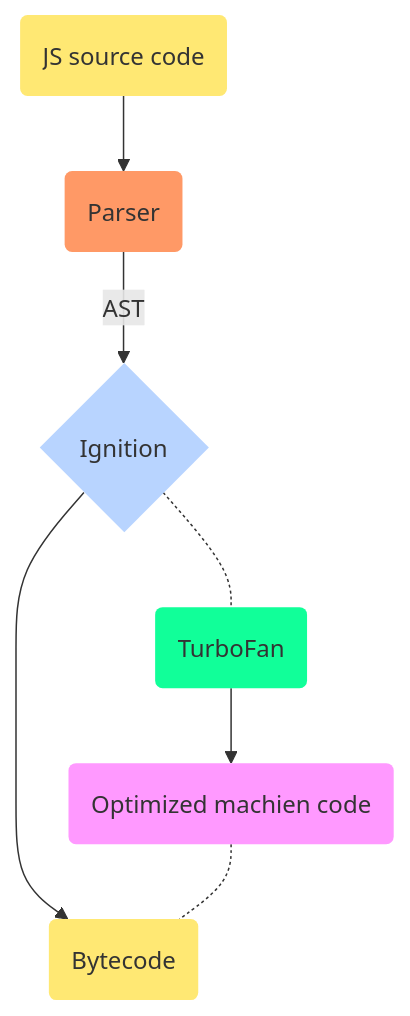
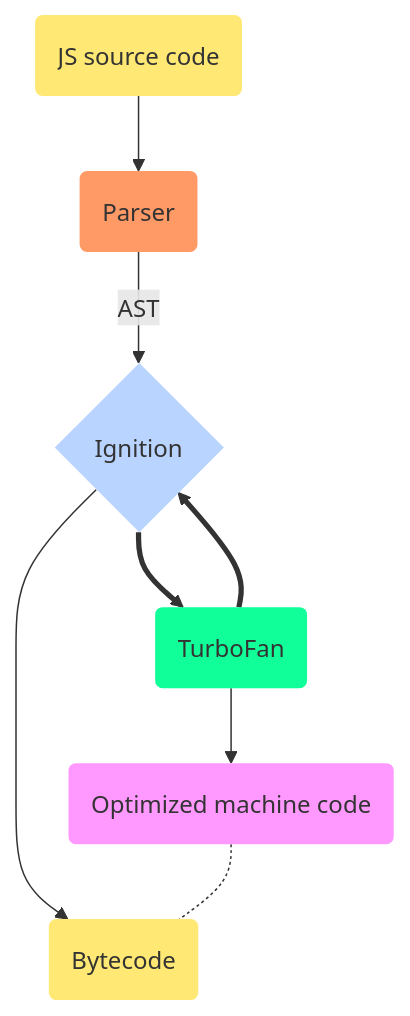
Before and after one commit to avimehenwal/plangs: the third of 3 diagrams in docs/docs/guide/jsengine.md, drawn with Mermaid. The commit also changed other lines of this file and 21 other files, not shown here.

````diff
--- a/docs/docs/guide/jsengine.md
+++ b/docs/docs/guide/jsengine.md
@@ -108,22 +108,23 @@
 ```mermaid
 graph TD
 A(JS source code):::yellow
 B(Parser):::orange
 D{Ignition}:::blue
 E(Bytecode):::yellow
 F(TurboFan):::green
-G(Optimized machien code):::purple
+G(Optimized machine code):::purple
 
 A --> B -- AST --> D --> E
 F --> G
-D -.- F
+D ==> F
+F ==> D
 G -.- E
 
 classDef green fill:#1f9,stroke-width:0px;
 classDef orange fill:#f96,stroke-width:0px;
 classDef yellow fill:#FFE873,stroke-width:0px;
 classDef blue fill:#b8d4ff,stroke-width:0px;
 classDef purple fill:#f9f,stroke:#333,stroke-width:0px;
 
 click A "https://www.wikipedia.org/" "Click to open wikipedia"
 ```
````
